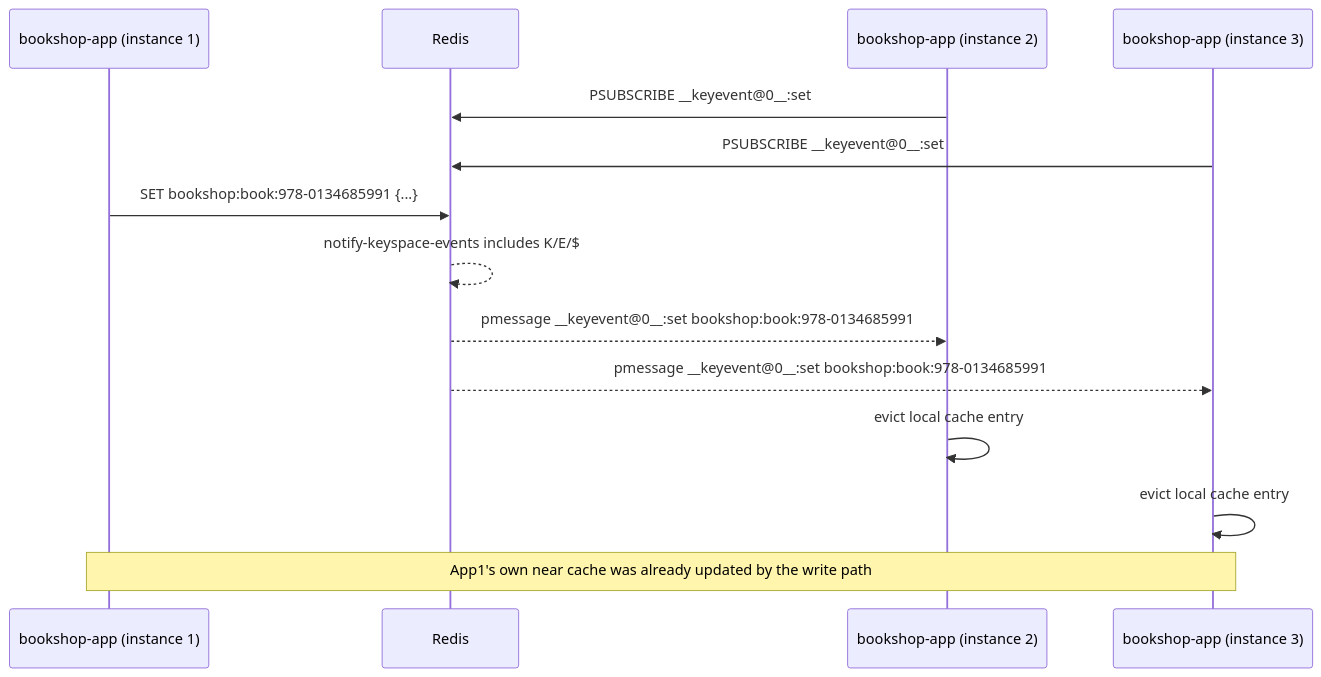
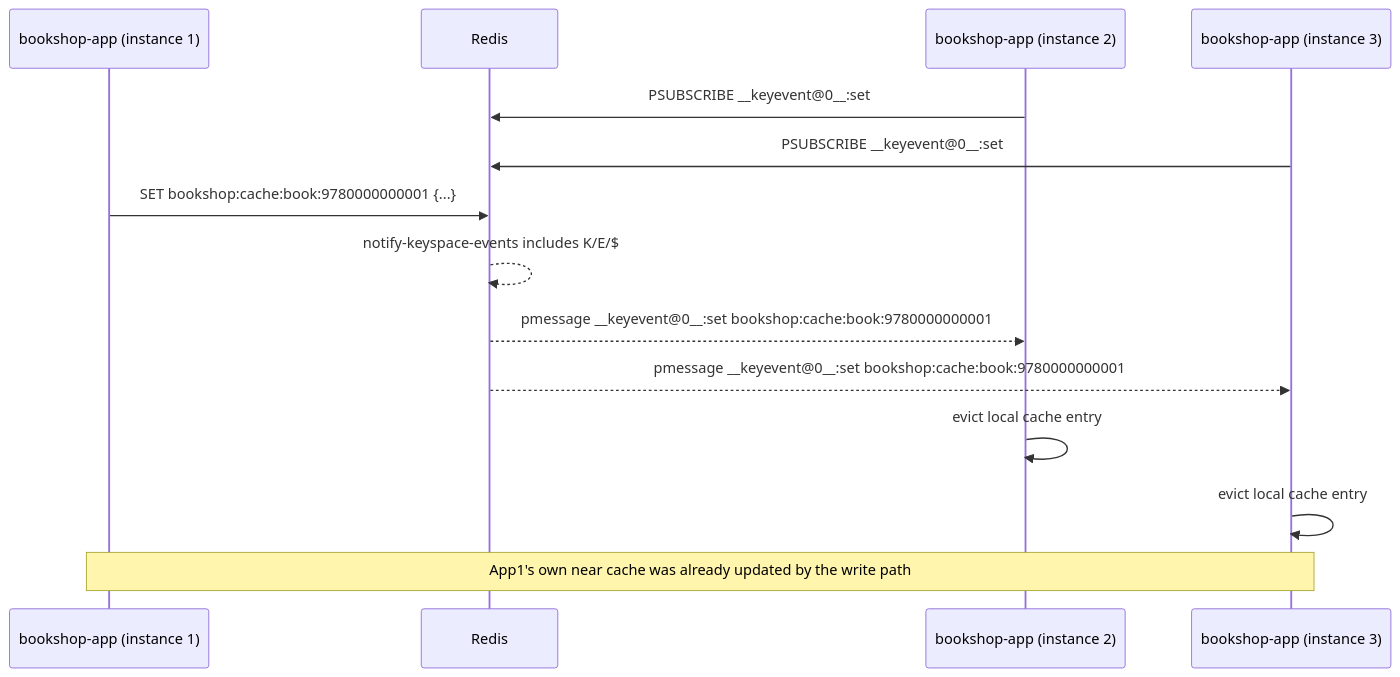
Before and after one commit to albertoirurueta/docs: the diagram in modules/ROOT/pages/database/redis/streams-and-pub-sub.adoc, drawn with Mermaid. The commit also changed other lines of this file and 25 other files, not shown here.

```diff
--- a/modules/ROOT/pages/database/redis/streams-and-pub-sub.adoc
+++ b/modules/ROOT/pages/database/redis/streams-and-pub-sub.adoc
@@ -299,17 +299,17 @@
 [mermaid]
 ....
 sequenceDiagram
     participant App1 as bookshop-app (instance 1)
     participant Redis as Redis
     participant App2 as bookshop-app (instance 2)
     participant App3 as bookshop-app (instance 3)
     App2->>Redis: PSUBSCRIBE __keyevent@0__:set
     App3->>Redis: PSUBSCRIBE __keyevent@0__:set
-    App1->>Redis: SET bookshop:book:978-0134685991 {...}
+    App1->>Redis: SET bookshop:cache:book:9780000000001 {...}
     Redis-->>Redis: notify-keyspace-events includes K/E/$
-    Redis-->>App2: pmessage __keyevent@0__:set bookshop:book:978-0134685991
-    Redis-->>App3: pmessage __keyevent@0__:set bookshop:book:978-0134685991
+    Redis-->>App2: pmessage __keyevent@0__:set bookshop:cache:book:9780000000001
+    Redis-->>App3: pmessage __keyevent@0__:set bookshop:cache:book:9780000000001
     App2->>App2: evict local cache entry
     App3->>App3: evict local cache entry
     Note over App1,App3: App1's own near cache was already updated by the write path
 ....
```
